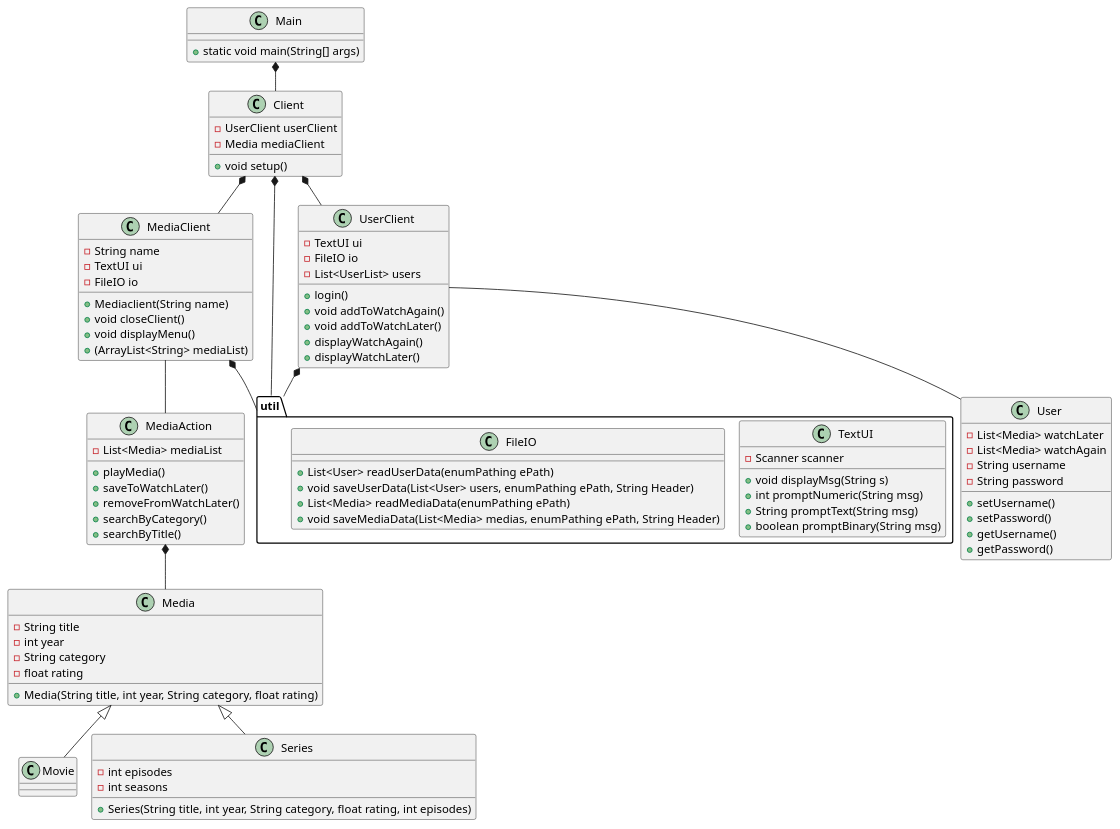
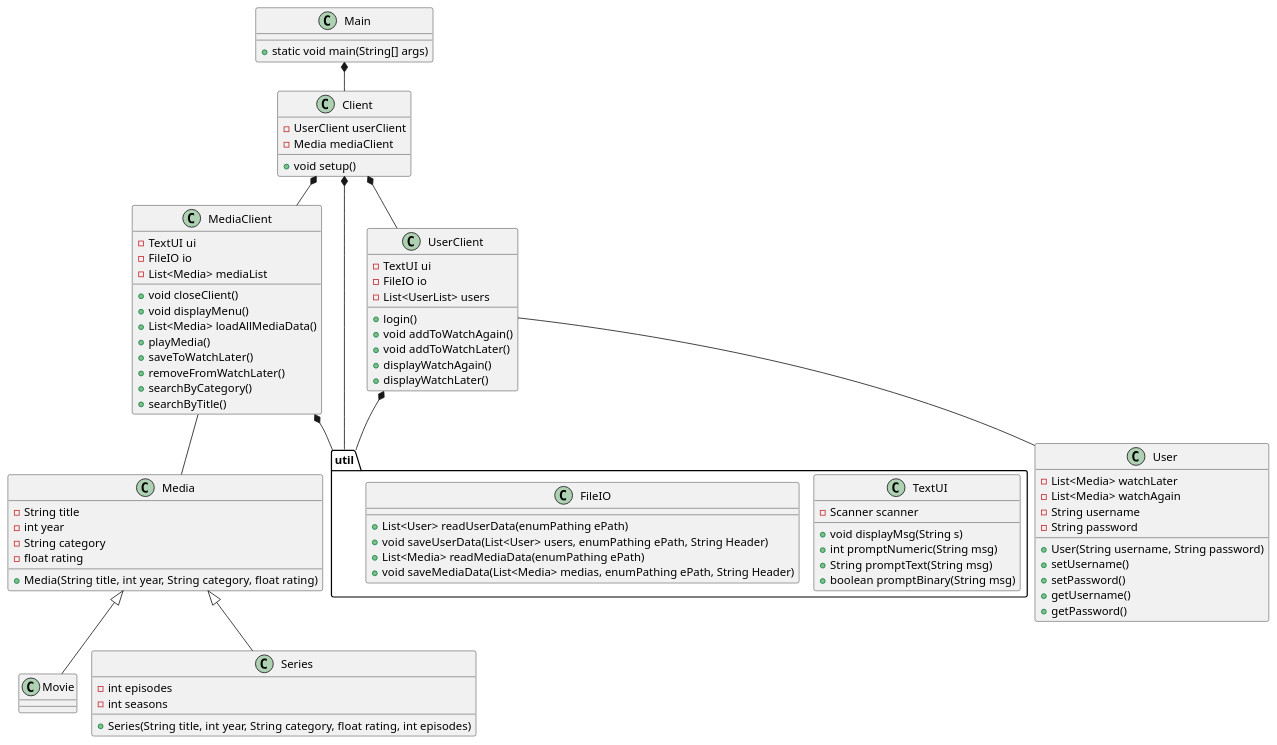
One commit to b-rino/SP3 changed the diagram in docs/classdiagram_v0.puml. Above: the diagram before and after it, drawn with PlantUML. The commit also changed 7 other files, not shown here.

```diff
--- a/docs/classdiagram_v0.puml
+++ b/docs/classdiagram_v0.puml
@@ -1,105 +1,103 @@
 @startuml
 !pragma layout smetana
 
 class Main{
 + static void main(String[] args)
 }
 
 class Client{
 -UserClient userClient
 - Media mediaClient
 +void setup()
 }
 
 class Media{
 - String title
 - int year
 - String category
 - float rating
 +Media(String title, int year, String category, float rating)
 
 }
 
 class MediaClient{
--String name
 -TextUI ui
 -FileIO io
-+Mediaclient(String name)
+-List<Media> mediaList
 +void closeClient()
 +void displayMenu()
-+(ArrayList<String> mediaList)
-
-}
-class MediaAction{
--List<Media> mediaList
++List<Media> loadAllMediaData()
 +playMedia()
 +saveToWatchLater()
 +removeFromWatchLater()
 +searchByCategory()
 +searchByTitle()
+
 }
+
 
 class User{
 -List<Media> watchLater
 -List<Media> watchAgain
 -String username
 -String password
++User(String username, String password)
 +setUsername()
 +setPassword()
 +getUsername()
 +getPassword()
 }
 
 
 class Movie{
 }
 
 class Series{
 - int episodes
 - int seasons
 +Series(String title, int year, String category, float rating, int episodes)
 }
 
 
 class UserClient{
 -TextUI ui
 -FileIO io
 -List<UserList> users
 +login()
 +void addToWatchAgain()
 +void addToWatchLater()
 +displayWatchAgain()
 +displayWatchLater()
 }
 
 
 package "util" {
 class TextUI{
 - Scanner scanner
 
 +void displayMsg(String s)
 +int promptNumeric(String msg)
 +String promptText(String msg)
 +boolean promptBinary(String msg)
 }
 class FileIO{
 +List<User> readUserData(enumPathing ePath)
 +void saveUserData(List<User> users, enumPathing ePath, String Header)
 +List<Media> readMediaData(enumPathing ePath)
 +void saveMediaData(List<Media> medias, enumPathing ePath, String Header)
 }
 }
 
-MediaAction *-- Media
+
 Media<|--Series
 Media <|-- Movie
 Client *-- MediaClient
 MediaClient *-- "util"
-MediaClient -- MediaAction
+MediaClient -- Media
 Client *-- UserClient
 UserClient -- User
 UserClient *--"util"
 Main *-- Client
 Client *-- "util"
 
 @enduml
```
